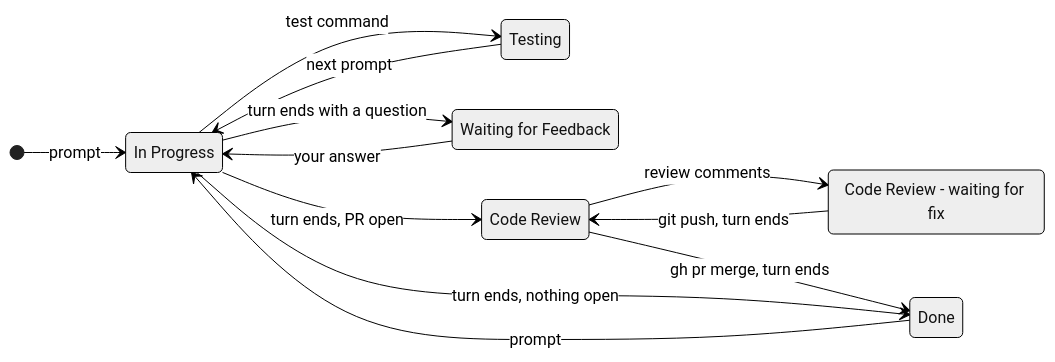
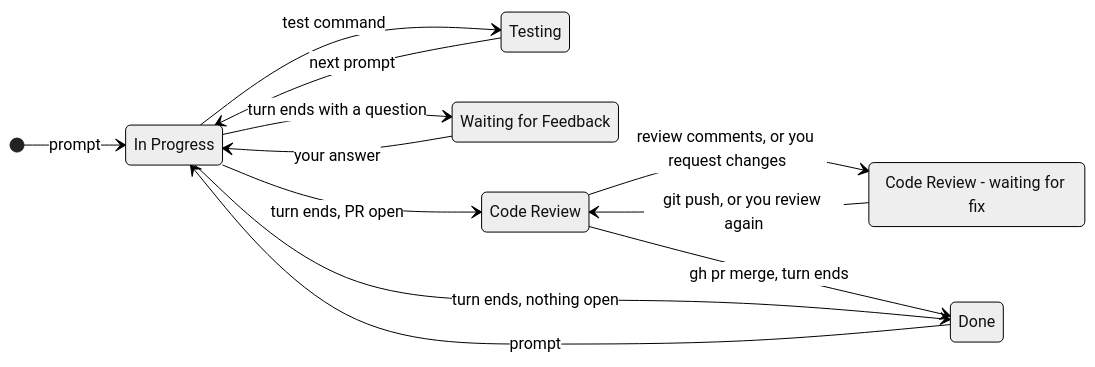
Before and after one commit to bate/claude-session-status: the diagram in README.md, drawn with Mermaid (neutral theme). The commit also changed other lines of this file and 3 other files, not shown here.

````diff
--- a/README.md
+++ b/README.md
@@ -64,19 +64,19 @@
 ```mermaid
 stateDiagram-v2
     direction LR
     [*] --> InProgress: prompt
     InProgress --> Testing: test command
     Testing --> InProgress: next prompt
     InProgress --> Feedback: turn ends with a question
     Feedback --> InProgress: your answer
     InProgress --> CodeReview: turn ends, PR open
-    CodeReview --> WaitingForFix: review comments
-    WaitingForFix --> CodeReview: git push, turn ends
+    CodeReview --> WaitingForFix: review comments, or you request changes
+    WaitingForFix --> CodeReview: git push, or you review again
     CodeReview --> Done: gh pr merge, turn ends
     InProgress --> Done: turn ends, nothing open
     Done --> InProgress: prompt
     Feedback: Waiting for Feedback
     InProgress: In Progress
     CodeReview: Code Review
     WaitingForFix: Code Review - waiting for fix
 ```
````
